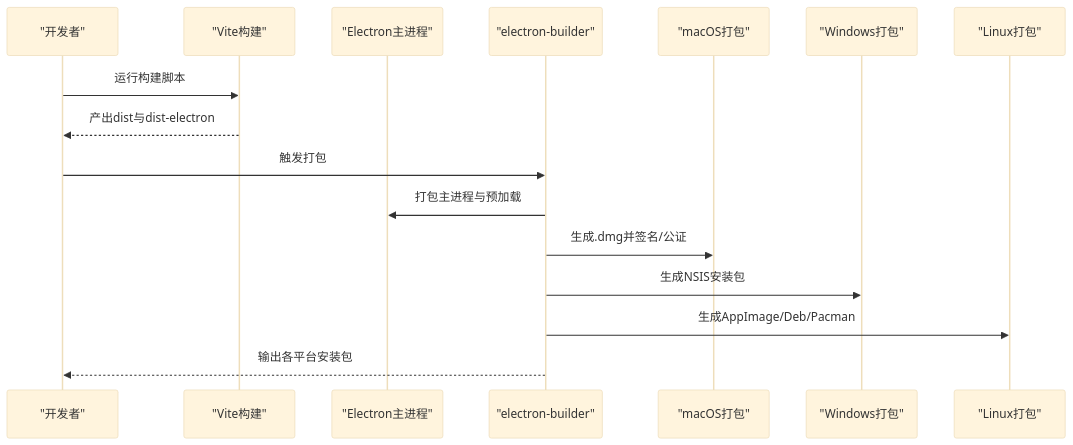
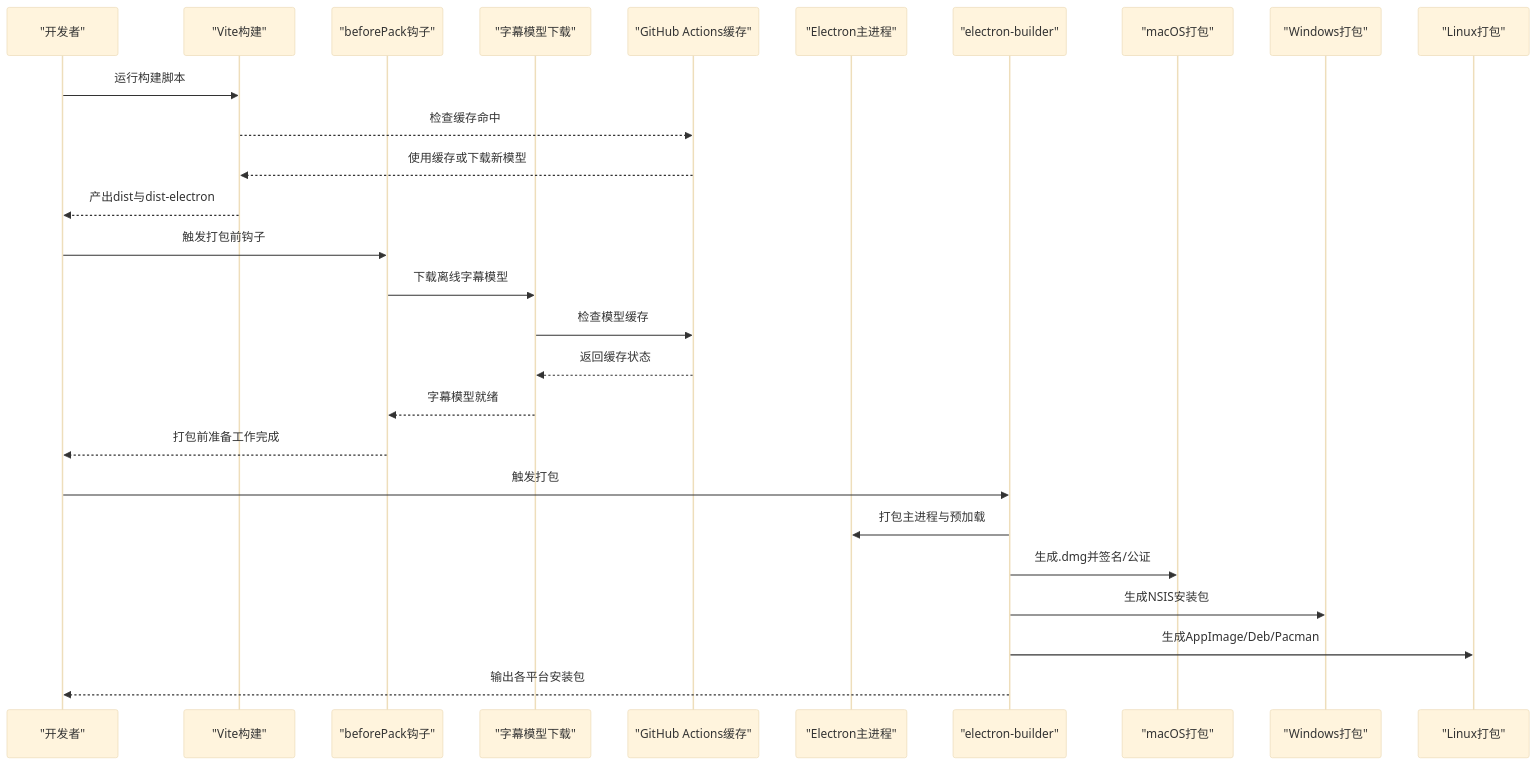
The second of 10 diagrams in .qoder/repowiki/zh/content/构建与部署.md (zhanggmin/openscreen), drawn with Mermaid (base theme) before and after one commit. The commit also changed other lines of this file and 68 other files, not shown here.

Commit message:
开发图文编辑功能

````diff
--- a/.qoder/repowiki/zh/content/构建与部署.md
+++ b/.qoder/repowiki/zh/content/构建与部署.md
@@ -100,18 +126,29 @@
 ```mermaid
 sequenceDiagram
 participant Dev as "开发者"
 participant Vite as "Vite构建"
+participant BeforePack as "beforePack钩子"
+participant FetchModel as "字幕模型下载"
+participant Cache as "GitHub Actions缓存"
 participant Electron as "Electron主进程"
 participant Builder as "electron-builder"
 participant Mac as "macOS打包"
 participant Win as "Windows打包"
 participant Linux as "Linux打包"
 Dev->>Vite : 运行构建脚本
+Vite-->>Cache : 检查缓存命中
+Cache-->>Vite : 使用缓存或下载新模型
 Vite-->>Dev : 产出dist与dist-electron
+Dev->>BeforePack : 触发打包前钩子
+BeforePack->>FetchModel : 下载离线字幕模型
+FetchModel->>Cache : 检查模型缓存
+Cache-->>FetchModel : 返回缓存状态
+FetchModel-->>BeforePack : 字幕模型就绪
+BeforePack-->>Dev : 打包前准备工作完成
 Dev->>Builder : 触发打包
 Builder->>Electron : 打包主进程与预加载
 Builder->>Mac : 生成.dmg并签名/公证
 Builder->>Win : 生成NSIS安装包
 Builder->>Linux : 生成AppImage/Deb/Pacman
 Builder-->>Dev : 输出各平台安装包
 ```
````
